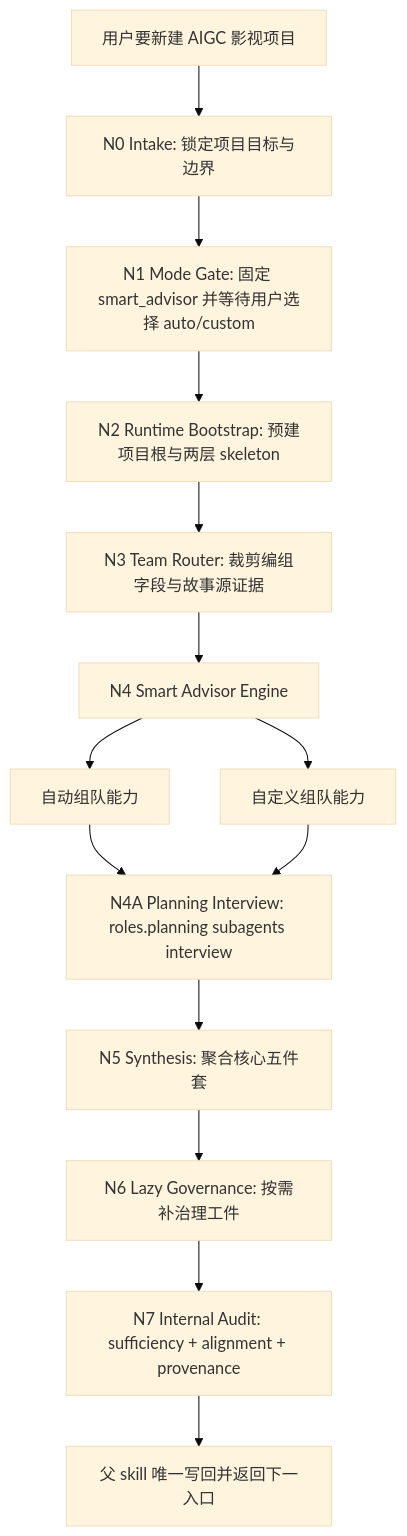
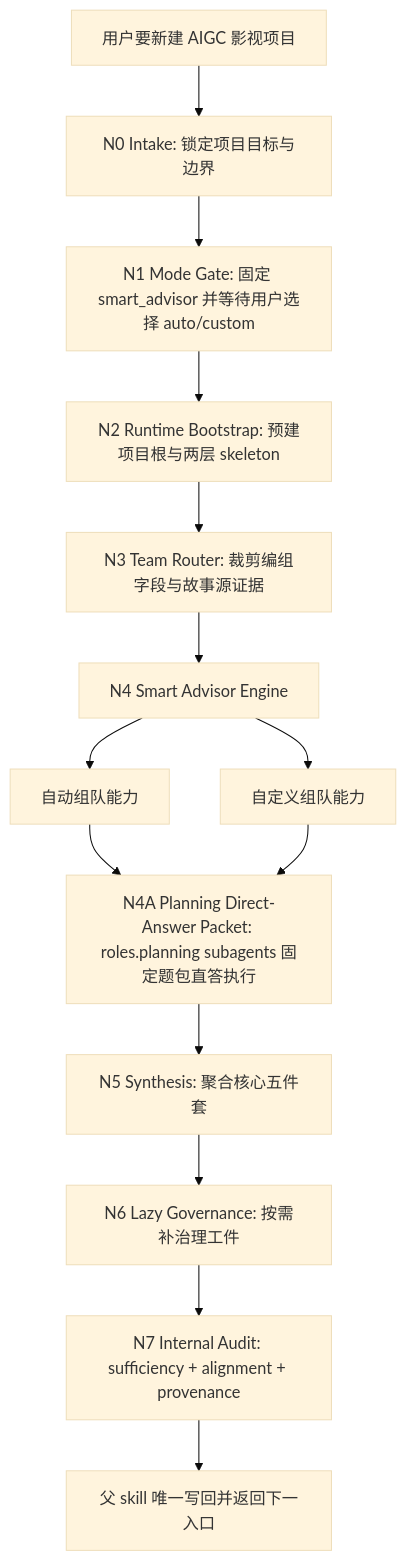
One commit to ZEN-VOID/AI-CUT changed the first of 4 diagrams in .agents/skills/aigc/0-Init/SKILL.md. Above: the diagram before and after it, drawn with Mermaid (base theme). The commit also changed other lines of this file and 234 other files, not shown here.

````diff
--- a/.agents/skills/aigc/0-Init/SKILL.md
+++ b/.agents/skills/aigc/0-Init/SKILL.md
@@ -108,16 +110,16 @@
 ```mermaid
 flowchart TD
     A["用户要新建 AIGC 影视项目"] --> B["N0 Intake: 锁定项目目标与边界"]
     B --> C["N1 Mode Gate: 固定 smart_advisor 并等待用户选择 auto/custom"]
     C --> D["N2 Runtime Bootstrap: 预建项目根与两层 skeleton"]
     D --> E["N3 Team Router: 裁剪编组字段与故事源证据"]
     E --> F["N4 Smart Advisor Engine"]
     F --> F1["自动组队能力"]
     F --> F2["自定义组队能力"]
-    F1 --> G["N4A Planning Interview: roles.planning subagents interview"]
+    F1 --> G["N4A Planning Direct-Answer Packet: roles.planning subagents 固定题包直答执行"]
     F2 --> G
     G --> H["N5 Synthesis: 聚合核心五件套"]
     H --> I["N6 Lazy Governance: 按需补治理工件"]
     I --> J["N7 Internal Audit: sufficiency + alignment + provenance"]
     J --> K["父 skill 唯一写回并返回下一入口"]
 ```
````
